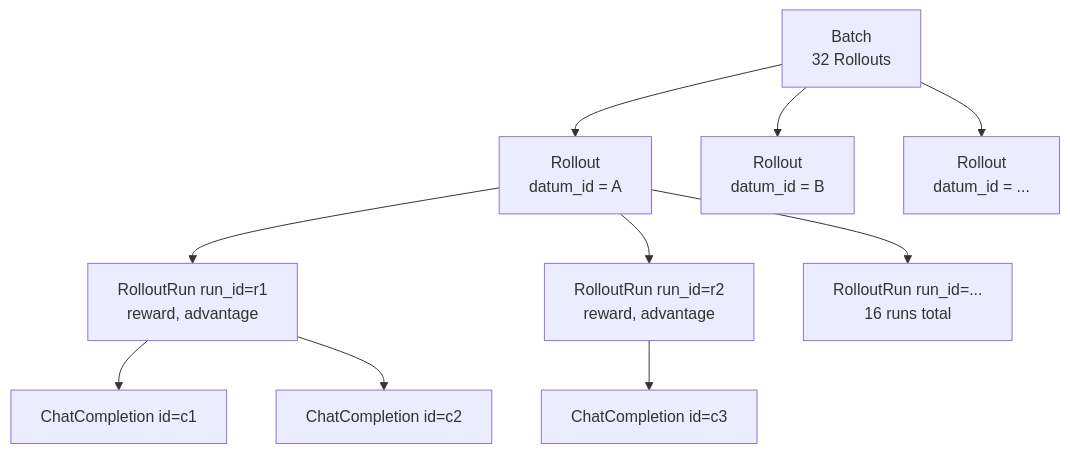
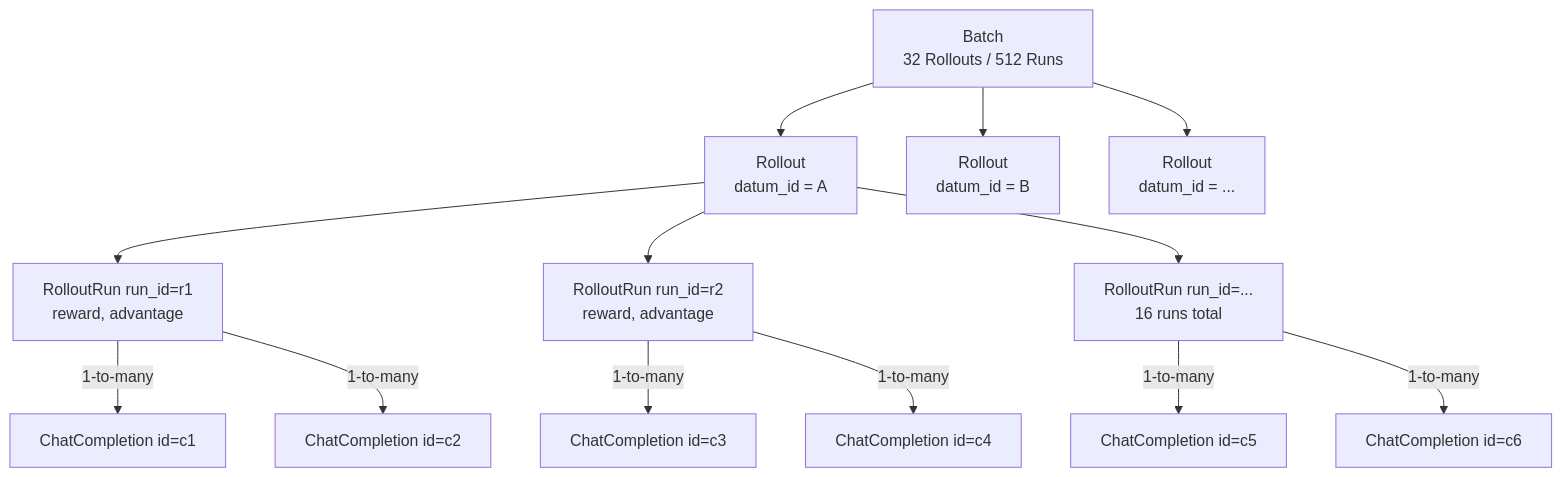
One commit to wsxiaoys/ollie-rl changed the first of 2 diagrams in .agents/skills/dev/references/data-model.md. Above: the diagram before and after it, drawn with Mermaid. The commit also changed other lines of this file and 2 other files, not shown here.

Commit message:
feat: add sync RL documentation and enhance data model references

````diff
--- a/.agents/skills/dev/references/data-model.md
+++ b/.agents/skills/dev/references/data-model.md
@@ -22,14 +22,17 @@
 ```mermaid
 flowchart TD
-    B[Batch<br/>32 Rollouts] --> G1[Rollout<br/>datum_id = A]
+    B[Batch<br/>32 Rollouts / 512 Runs] --> G1[Rollout<br/>datum_id = A]
     B --> G2[Rollout<br/>datum_id = B]
     B --> Gn[Rollout<br/>datum_id = ...]
 
     G1 --> R1[RolloutRun run_id=r1<br/>reward, advantage]
     G1 --> R2[RolloutRun run_id=r2<br/>reward, advantage]
     G1 --> Rk[RolloutRun run_id=...<br/>16 runs total]
 
-    R1 --> C1[ChatCompletion id=c1]
-    R1 --> C2[ChatCompletion id=c2]
-    R2 --> C3[ChatCompletion id=c3]
+    R1 -->|1-to-many| C1[ChatCompletion id=c1]
+    R1 -->|1-to-many| C2[ChatCompletion id=c2]
+    R2 -->|1-to-many| C3[ChatCompletion id=c3]
+    R2 -->|1-to-many| C4[ChatCompletion id=c4]
+    Rk -->|1-to-many| C5[ChatCompletion id=c5]
+    Rk -->|1-to-many| C6[ChatCompletion id=c6]
 ```
````
